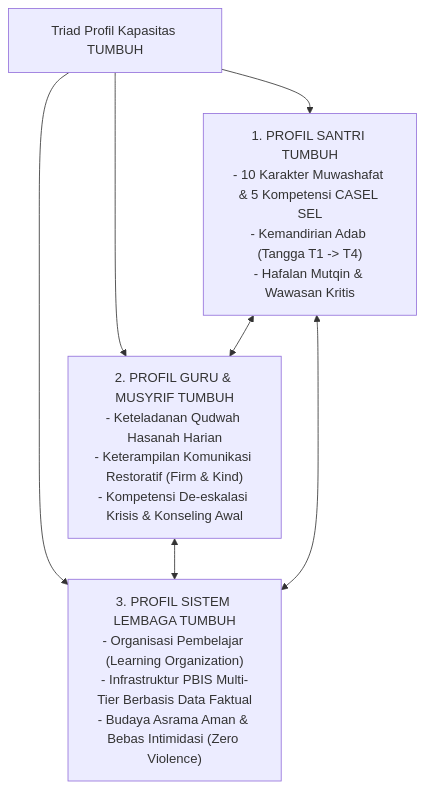
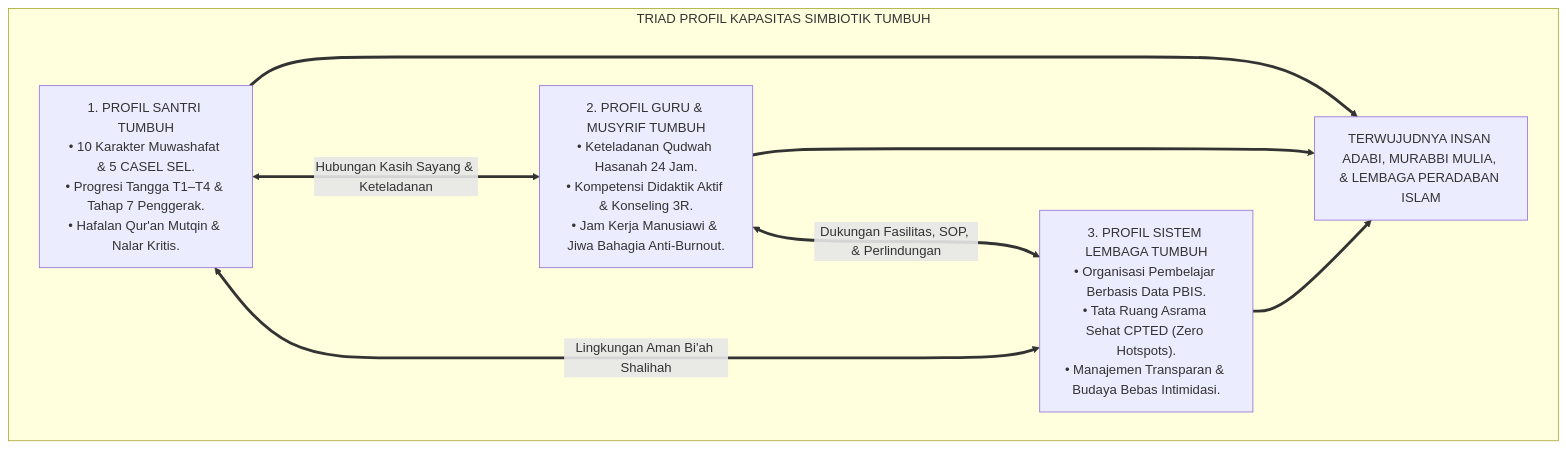
One commit to wandiapriliyandi/tumbuh changed the first of 4 diagrams in 03 Capacity Framework/01 Graduate Profile/P3-01-01-Triad-Profil-Kapasitas.md. Above: the diagram before and after it, drawn with Mermaid. The commit also changed other lines of this file and 15 other files, not shown here.

````diff
--- a/03 Capacity Framework/01 Graduate Profile/P3-01-01-Triad-Profil-Kapasitas.md
+++ b/03 Capacity Framework/01 Graduate Profile/P3-01-01-Triad-Profil-Kapasitas.md
@@ -10,12 +58,17 @@
 ```mermaid
-graph TD
-    Triad["Triad Profil Kapasitas TUMBUH"]
-    
-    Triad --> Santri["1. PROFIL SANTRI TUMBUH<br/>- 10 Karakter Muwashafat & 5 Kompetensi CASEL SEL<br/>- Kemandirian Adab (Tangga T1 -> T4)<br/>- Hafalan Mutqin & Wawasan Kritis"]
-    Triad --> Guru["2. PROFIL GURU & MUSYRIF TUMBUH<br/>- Keteladanan Qudwah Hasanah Harian<br/>- Keterampilan Komunikasi Restoratif (Firm & Kind)<br/>- Kompetensi De-eskalasi Krisis & Konseling Awal"]
-    Triad --> Sistem["3. PROFIL SISTEM LEMBAGA TUMBUH<br/>- Organisasi Pembelajar (Learning Organization)<br/>- Infrastruktur PBIS Multi-Tier Berbasis Data Faktual<br/>- Budaya Asrama Aman & Bebas Intimidasi (Zero Violence)"]
-
-    Santri <--> Guru
-    Guru <--> Sistem
-    Sistem <--> Santri
+flowchart TD
+    subgraph ArsitekturTriadProfilKapasitas["TRIAD PROFIL KAPASITAS SIMBIOTIK TUMBUH"]
+        Santri["1. PROFIL SANTRI TUMBUH<br/>• 10 Karakter Muwashafat & 5 CASEL SEL.<br/>• Progresi Tangga T1–T4 & Tahap 7 Penggerak.<br/>• Hafalan Qur'an Mutqin & Nalar Kritis."]
+        
+        Guru["2. PROFIL GURU & MUSYRIF TUMBUH<br/>• Keteladanan Qudwah Hasanah 24 Jam.<br/>• Kompetensi Didaktik Aktif & Konseling 3R.<br/>• Jam Kerja Manusiawi & Jiwa Bahagia Anti-Burnout."]
+        
+        Sistem["3. PROFIL SISTEM LEMBAGA TUMBUH<br/>• Organisasi Pembelajar Berbasis Data PBIS.<br/>• Tata Ruang Asrama Sehat CPTED (Zero Hotspots).<br/>• Manajemen Transparan & Budaya Bebas Intimidasi."]
+        
+        Santri <===>|Hubungan Kasih Sayang & Keteladanan| Guru
+        Guru <===>|Dukungan Fasilitas, SOP, & Perlindungan| Sistem
+        Sistem <===>|Lingkungan Aman Bi'ah Shalihah| Santri
+        
+        Pusat["TERWUJUDNYA INSAN ADABI, MURABBI MULIA, & LEMBAGA PERADABAN ISLAM"]
+        Santri & Guru & Sistem ==> Pusat
+    end
 ```
````
